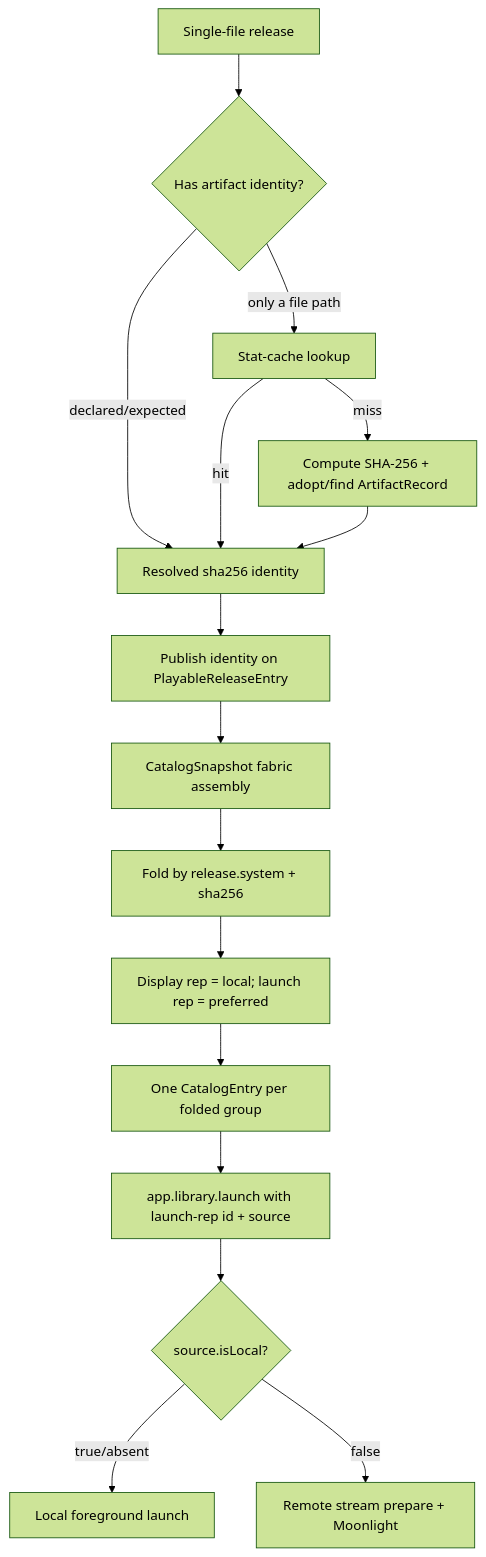
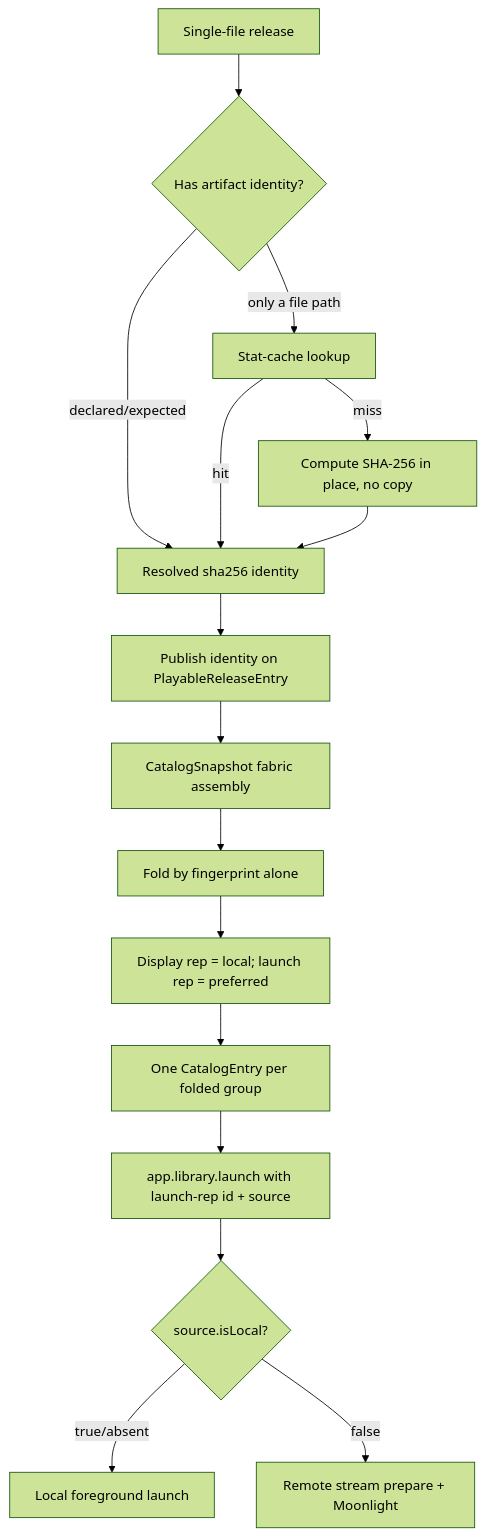
The diagram in work/items/active/01KVVMYE5SFC4H8X5H0EBY7WG3-federated-single-file-folding/plan.md (simonwjackson/korri), drawn with Mermaid (forest theme) before and after one commit. The commit also changed other lines of this file, not shown here.

````diff
--- a/work/items/active/01KVVMYE5SFC4H8X5H0EBY7WG3-federated-single-file-folding/plan.md
+++ b/work/items/active/01KVVMYE5SFC4H8X5H0EBY7WG3-federated-single-file-folding/plan.md
@@ -144,17 +157,17 @@
 ```mermaid
 flowchart TD
   R[Single-file release] --> Q{Has artifact identity?}
   Q -->|declared/expected| ID[Resolved sha256 identity]
   Q -->|only a file path| H[Stat-cache lookup]
   H -->|hit| ID
-  H -->|miss| C[Compute SHA-256 + adopt/find ArtifactRecord] --> ID
+  H -->|miss| C[Compute SHA-256 in place, no copy] --> ID
   ID --> P[Publish identity on PlayableReleaseEntry]
   P --> S[CatalogSnapshot fabric assembly]
-  S --> F[Fold by release.system + sha256]
+  S --> F[Fold by fingerprint alone]
   F --> G[Display rep = local; launch rep = preferred]
   G --> E[One CatalogEntry per folded group]
   E --> L[app.library.launch with launch-rep id + source]
   L --> M{source.isLocal?}
   M -->|true/absent| LOC[Local foreground launch]
   M -->|false| REM[Remote stream prepare + Moonlight]
 ```
````
